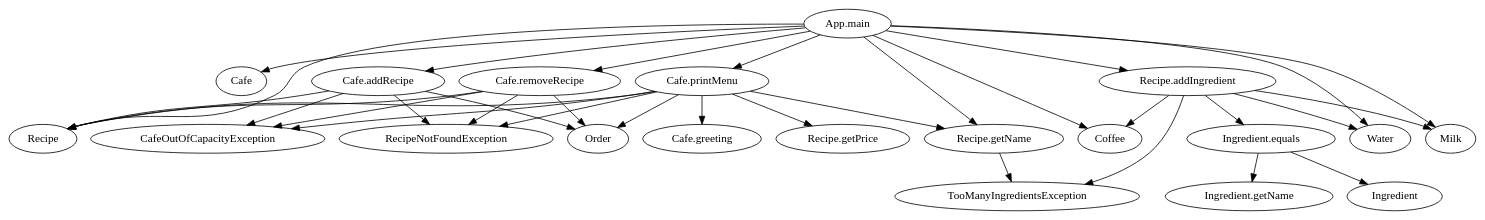
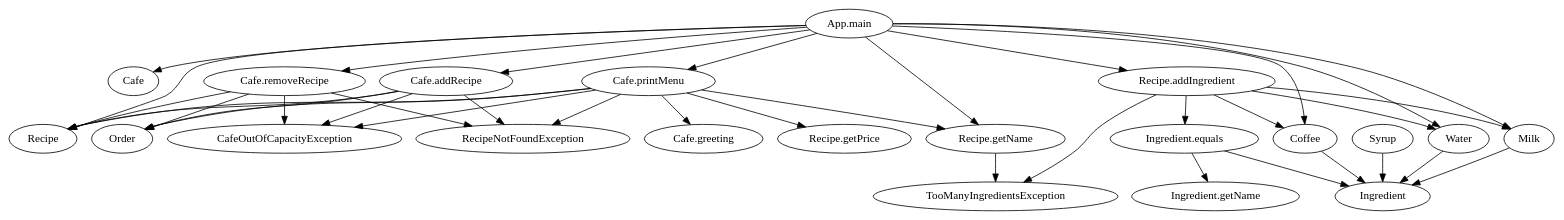
Before and after one commit to ruizhengu/CausalGrading: the diagram in Cafe.dot, drawn with Graphviz. The commit also changed 1 other file, not shown here.

```diff
--- a/Cafe.dot
+++ b/Cafe.dot
@@ -1,55 +1,60 @@
 digraph Cafe {
 "App.main" [label="App.main"];
 "Cafe" [label="Cafe"];
 "Recipe" [label="Recipe"];
 "Coffee" [label="Coffee"];
 "Water" [label="Water"];
 "Milk" [label="Milk"];
 "Recipe.addIngredient" [label="Recipe.addIngredient"];
 "TooManyIngredientsException" [label="TooManyIngredientsException"];
 "Ingredient.equals" [label="Ingredient.equals"];
 "Ingredient" [label="Ingredient"];
 "Ingredient.getName" [label="Ingredient.getName"];
 "Cafe.addRecipe" [label="Cafe.addRecipe"];
 "CafeOutOfCapacityException" [label="CafeOutOfCapacityException"];
 "RecipeNotFoundException" [label="RecipeNotFoundException"];
 "Order" [label="Order"];
 "Cafe.removeRecipe" [label="Cafe.removeRecipe"];
 "Recipe.getName" [label="Recipe.getName"];
 "Cafe.printMenu" [label="Cafe.printMenu"];
 "Cafe.greeting" [label="Cafe.greeting"];
 "Recipe.getPrice" [label="Recipe.getPrice"];
+"Syrup" [label="Syrup"];
 "App.main" -> "Cafe";
 "App.main" -> "Recipe";
 "App.main" -> "Coffee";
 "App.main" -> "Water";
 "App.main" -> "Milk";
 "App.main" -> "Recipe.addIngredient";
 "App.main" -> "Cafe.addRecipe";
 "App.main" -> "Cafe.removeRecipe";
 "App.main" -> "Recipe.getName";
 "App.main" -> "Cafe.printMenu";
+"Coffee" -> "Ingredient";
+"Water" -> "Ingredient";
+"Milk" -> "Ingredient";
 "Recipe.addIngredient" -> "Coffee";
 "Recipe.addIngredient" -> "TooManyIngredientsException";
 "Recipe.addIngredient" -> "Ingredient.equals";
 "Recipe.addIngredient" -> "Water";
 "Recipe.addIngredient" -> "Milk";
 "Ingredient.equals" -> "Ingredient";
 "Ingredient.equals" -> "Ingredient.getName";
 "Cafe.addRecipe" -> "Recipe";
 "Cafe.addRecipe" -> "CafeOutOfCapacityException";
 "Cafe.addRecipe" -> "RecipeNotFoundException";
 "Cafe.addRecipe" -> "Order";
 "Cafe.removeRecipe" -> "CafeOutOfCapacityException";
 "Cafe.removeRecipe" -> "RecipeNotFoundException";
 "Cafe.removeRecipe" -> "Order";
 "Cafe.removeRecipe" -> "Recipe";
 "Recipe.getName" -> "TooManyIngredientsException";
 "Cafe.printMenu" -> "CafeOutOfCapacityException";
 "Cafe.printMenu" -> "RecipeNotFoundException";
 "Cafe.printMenu" -> "Order";
 "Cafe.printMenu" -> "Recipe";
 "Cafe.printMenu" -> "Cafe.greeting";
 "Cafe.printMenu" -> "Recipe.getName";
 "Cafe.printMenu" -> "Recipe.getPrice";
+"Syrup" -> "Ingredient";
 }
```
